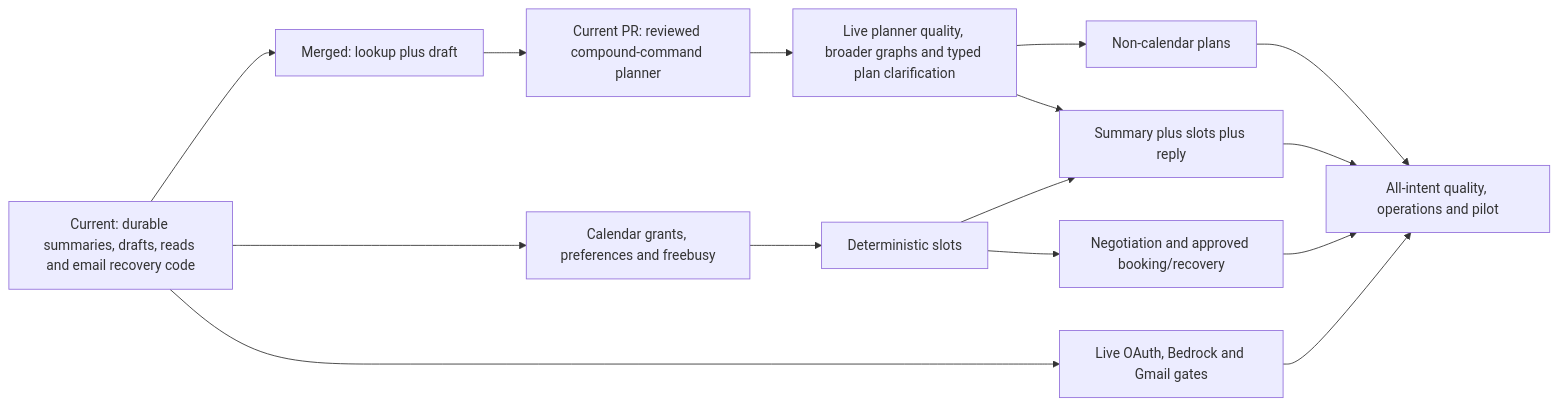
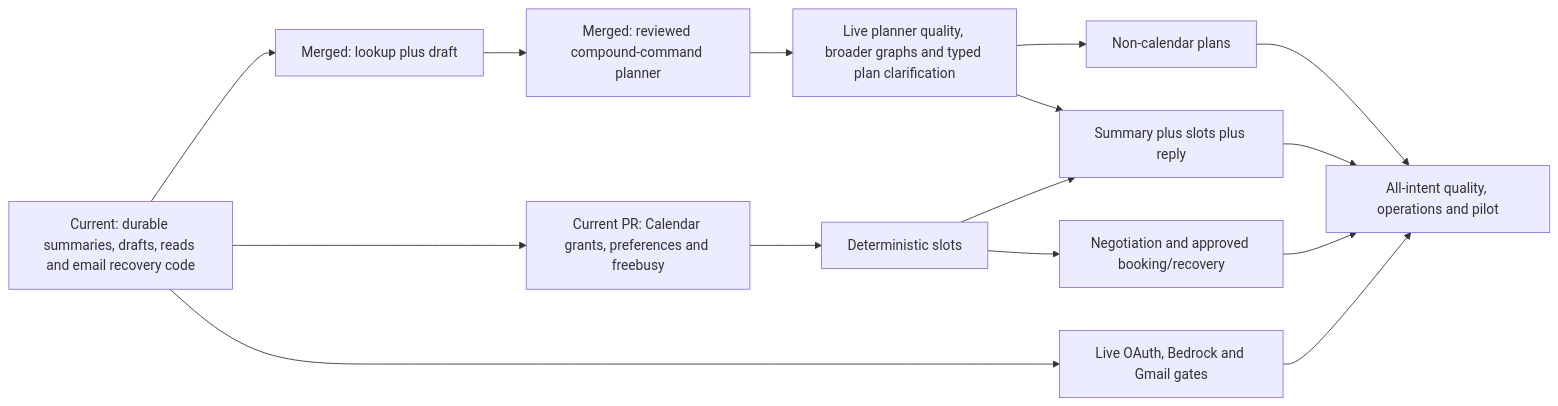
The diagram in docs/backend-progress.md (bhowmikdham/Threadly), drawn with Mermaid before and after one commit. The commit also changed other lines of this file and 30 other files, not shown here.

Commit message:
feat(calendar): add owned preferences and bounded freebusy reads

````diff
--- a/docs/backend-progress.md
+++ b/docs/backend-progress.md
@@ -98,17 +99,17 @@
 ```mermaid
 flowchart LR
     A[Current: durable summaries, drafts, reads and email recovery code] --> B[Merged: lookup plus draft]
-    B --> P[Current PR: reviewed compound-command planner]
+    B --> P[Merged: reviewed compound-command planner]
     P --> C[Live planner quality, broader graphs and typed plan clarification]
     C --> D[Non-calendar plans]
-    A --> E[Calendar grants, preferences and freebusy]
+    A --> E[Current PR: Calendar grants, preferences and freebusy]
     E --> F[Deterministic slots]
     C --> G[Summary plus slots plus reply]
     F --> G
     F --> H[Negotiation and approved booking/recovery]
     A --> I[Live OAuth, Bedrock and Gmail gates]
     D --> J[All-intent quality, operations and pilot]
     G --> J
     H --> J
     I --> J
 ```
````
